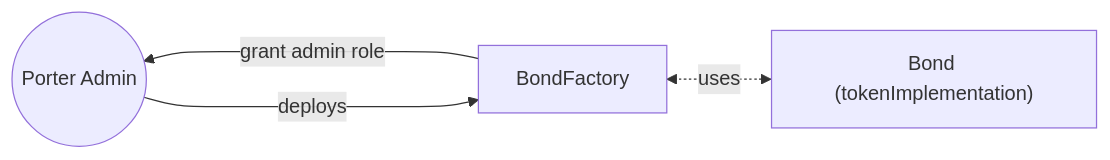
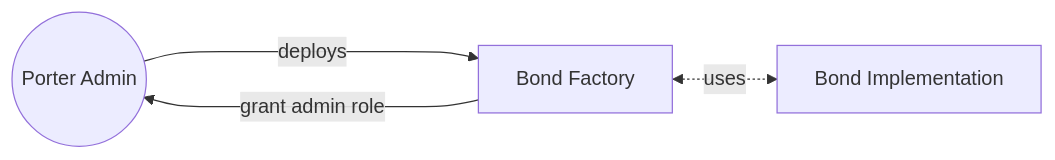
Before and after one commit to porter-finance/v1-core: the second of 3 diagrams in spec/architecture.md, drawn with Mermaid. The commit also changed other lines of this file, not shown here.

Commit message:
format diagrams

````diff
--- a/spec/architecture.md
+++ b/spec/architecture.md
@@ -44,7 +51,11 @@
 ```mermaid
-  flowchart RL
-    BondFactory--grant admin role---->porterAdmin
-    Bond<-.uses.->BondFactory
-    porterAdmin((Porter Admin))--deploys---->BondFactory
-    Bond["Bond (tokenImplementation)"]
+   flowchart LR
+      porterAdmin((Porter Admin))
+      bondFactory[Bond Factory]
+      bond["Bond Implementation"]
+
+      bondFactory<-.uses.->bond
+      porterAdmin--deploys---->bondFactory
+      bondFactory--grant admin role---->porterAdmin
+
 ```
````
